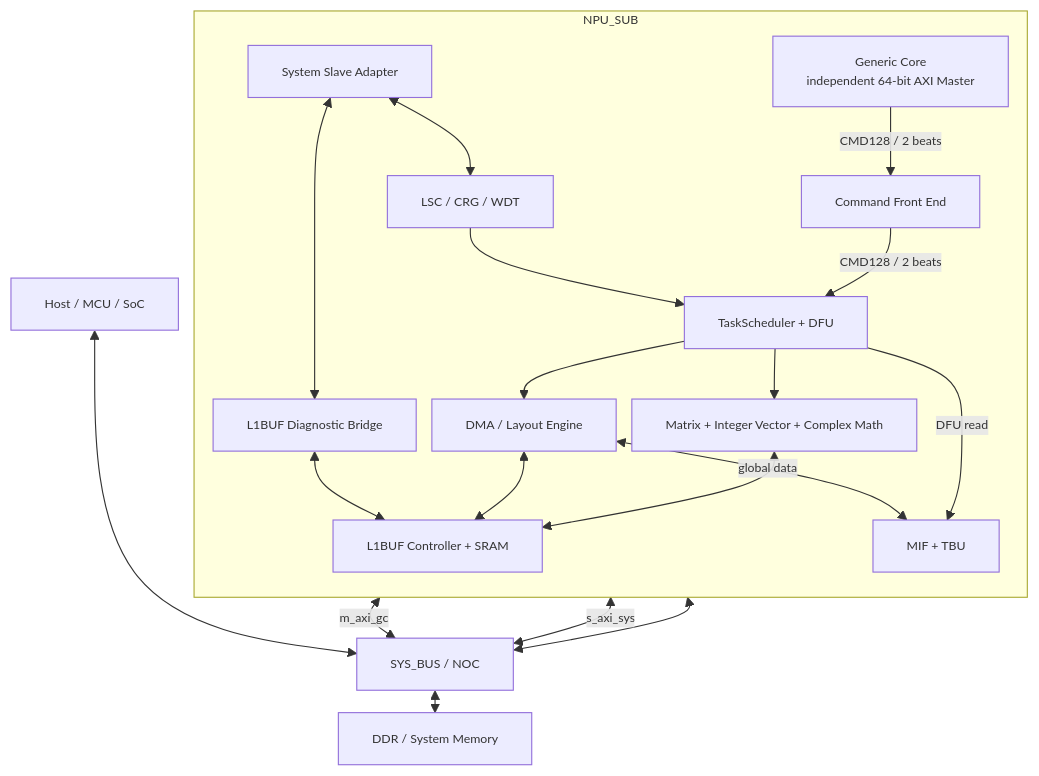
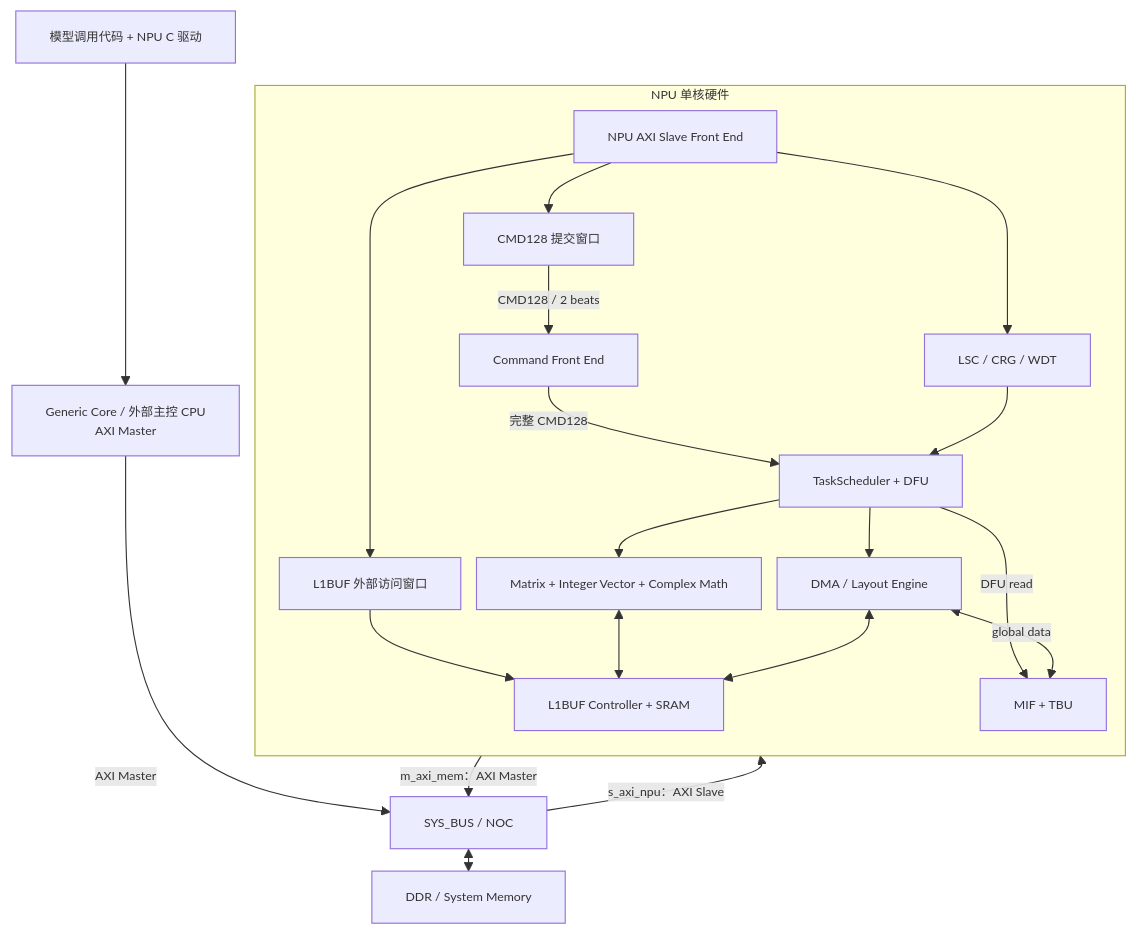
One commit to Little-W/Obsidian changed the second of 17 diagrams in NPU/NPU 指令与硬件架构设计 Spec.md. Above: the diagram before and after it, drawn with Mermaid. The commit also changed other lines of this file and 30 other files, not shown here.

````diff
--- a/NPU/NPU 指令与硬件架构设计 Spec.md
+++ b/NPU/NPU 指令与硬件架构设计 Spec.md
@@ -339,38 +342,39 @@
 ```mermaid
 %%{init: {"flowchart": {"useMaxWidth": true, "nodeSpacing": 14, "rankSpacing": 20}, "themeVariables": {"fontSize": "11px"}}}%%
 flowchart TB
-    HOST["Host / MCU / SoC"]
+    GC["Generic Core / 外部主控 CPU<br/>AXI Master"]
+    SW["模型调用代码 + NPU C 驱动"]
     NOC["SYS_BUS / NOC"]
     DDR["DDR / System Memory"]
 
-    subgraph SUB["NPU_SUB"]
+    subgraph SUB["NPU 单核硬件"]
         direction TB
+        SSA0["NPU AXI Slave Front End"]
+        CMD0["CMD128 提交窗口"]
         LSC0["LSC / CRG / WDT"]
-        SSA0["System Slave Adapter"]
-        L1DBG0["L1BUF Diagnostic Bridge"]
-        GC0["Generic Core<br/>independent 64-bit AXI Master"]
+        L1WIN0["L1BUF 外部访问窗口"]
         CFE0["Command Front End"]
         TS0["TaskScheduler + DFU"]
         CALC0["Matrix + Integer Vector + Complex Math"]
         DMA0["DMA / Layout Engine"]
         L10["L1BUF Controller + SRAM"]
         MIF0["MIF + TBU"]
 
-        GC0 -->|"CMD128 / 2 beats"| CFE0 -->|"CMD128 / 2 beats"| TS0
+        SSA0 --> CMD0 -->|"CMD128 / 2 beats"| CFE0 -->|"完整 CMD128"| TS0
+        SSA0 --> LSC0
+        SSA0 --> L1WIN0 --> L10
         TS0 --> CALC0
         TS0 --> DMA0
         CALC0 <--> L10
         DMA0 <--> L10
         TS0 -->|"DFU read"| MIF0
         DMA0 <-->|"global data"| MIF0
-        SSA0 <--> LSC0
-        SSA0 <--> L1DBG0 <--> L10
         LSC0 --> TS0
     end
 
-    HOST <--> NOC
-    GC0 <-->|"m_axi_gc"| NOC
-    NOC <-->|"s_axi_sys"| SSA0
-    NOC <--> MIF0
+    SW --> GC
+    GC -->|"AXI Master"| NOC
+    NOC -->|"s_axi_npu：AXI Slave"| SSA0
+    MIF0 -->|"m_axi_mem：AXI Master"| NOC
     NOC <--> DDR
 ```
````
